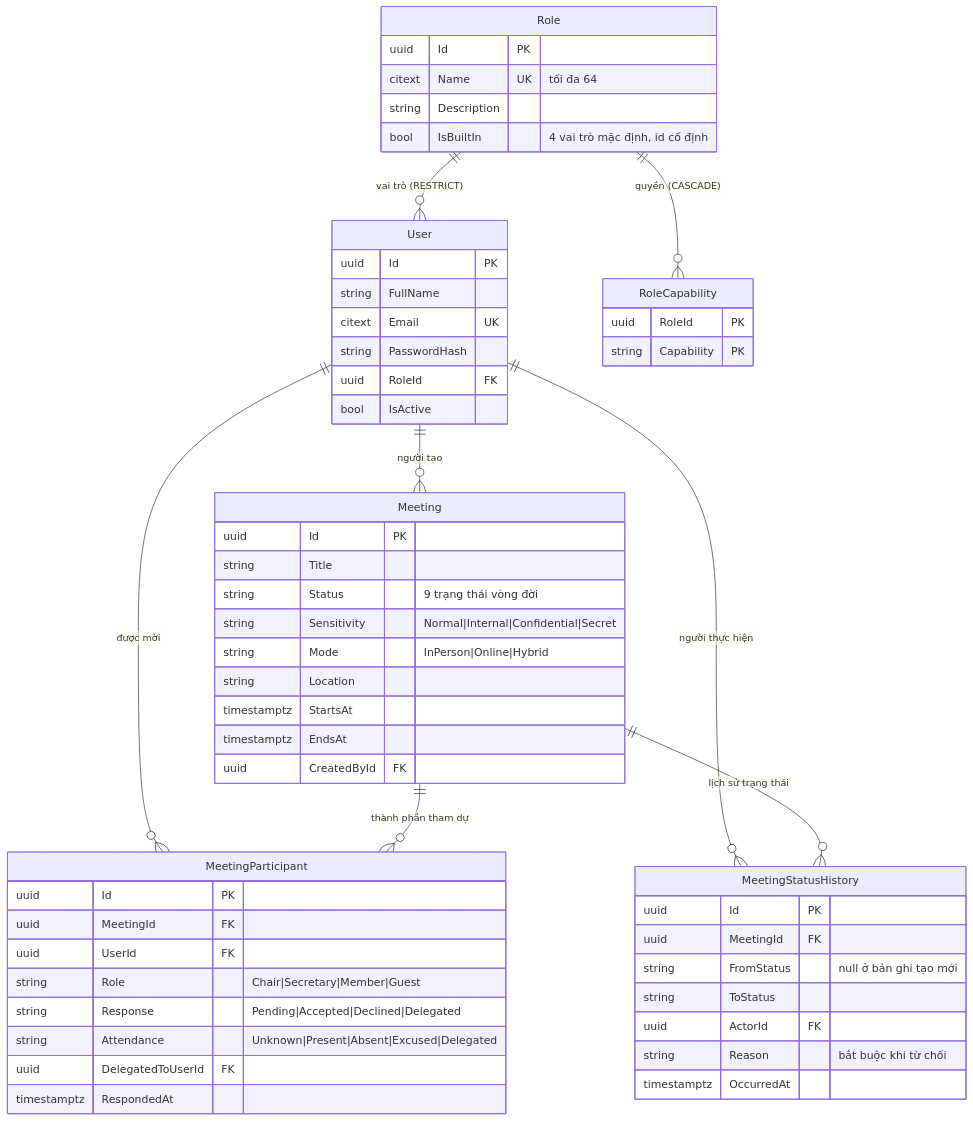
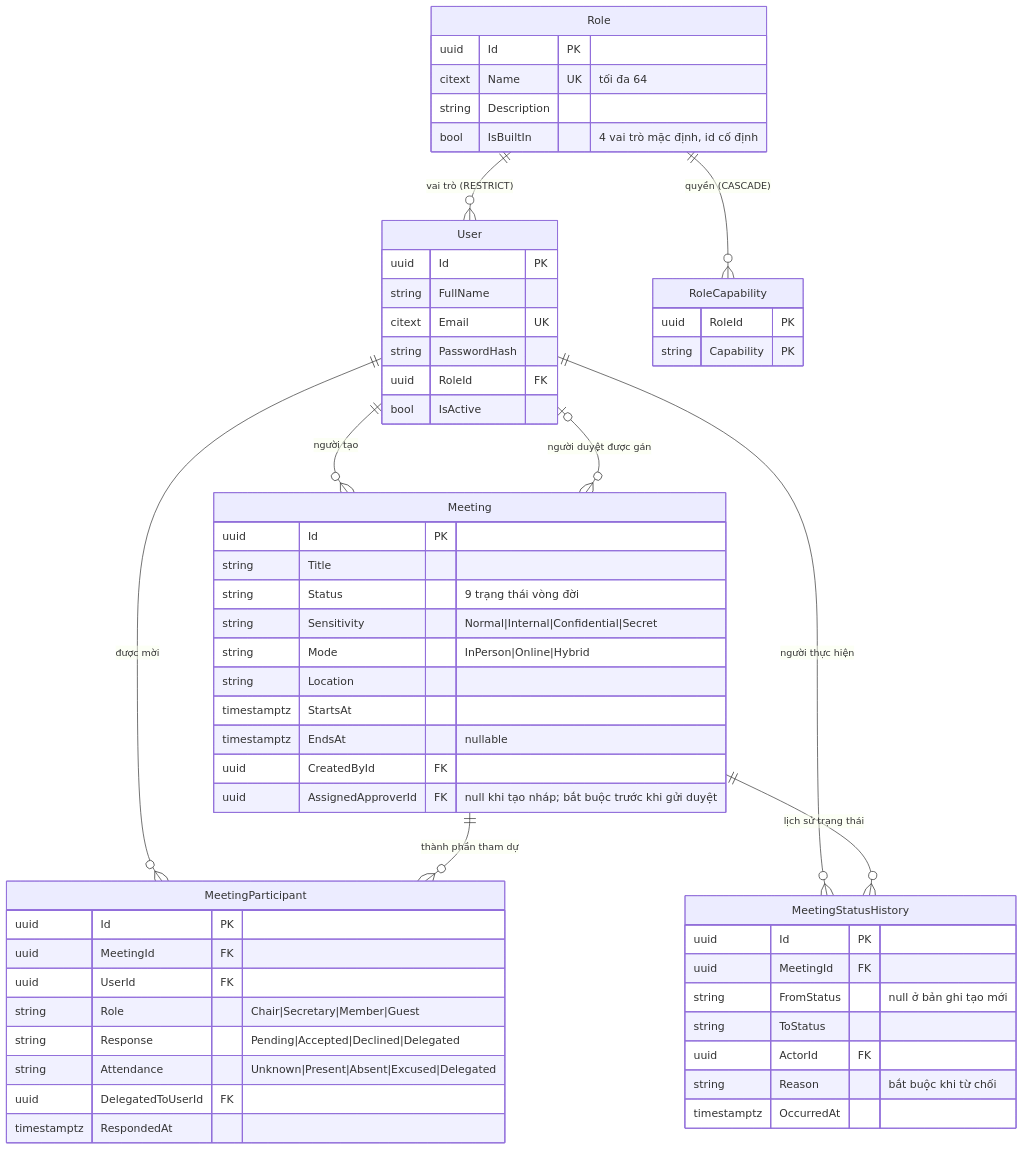
The first of 5 diagrams in docs/02-design/02-erd.md (callmehai/FU-FA26-G116), drawn with Mermaid before and after one commit. The commit also changed 23 other files, not shown here.

````diff
--- a/docs/02-design/02-erd.md
+++ b/docs/02-design/02-erd.md
@@ -37,59 +37,61 @@
 ```mermaid
 erDiagram
     Role ||--o{ User : "vai trò (RESTRICT)"
     Role ||--o{ RoleCapability : "quyền (CASCADE)"
     User ||--o{ Meeting : "người tạo"
+    User o|--o{ Meeting : "người duyệt được gán"
     User ||--o{ MeetingParticipant : "được mời"
     User ||--o{ MeetingStatusHistory : "người thực hiện"
     Meeting ||--o{ MeetingParticipant : "thành phần tham dự"
     Meeting ||--o{ MeetingStatusHistory : "lịch sử trạng thái"
 
     User {
         uuid Id PK
         string FullName
         citext Email UK
         string PasswordHash
         uuid RoleId FK
         bool IsActive
     }
     Role {
         uuid Id PK
         citext Name UK "tối đa 64"
         string Description
         bool IsBuiltIn "4 vai trò mặc định, id cố định"
     }
     RoleCapability {
         uuid RoleId PK
         string Capability PK
     }
     Meeting {
         uuid Id PK
         string Title
         string Status "9 trạng thái vòng đời"
         string Sensitivity "Normal|Internal|Confidential|Secret"
         string Mode "InPerson|Online|Hybrid"
         string Location
         timestamptz StartsAt
-        timestamptz EndsAt
+        timestamptz EndsAt "nullable"
         uuid CreatedById FK
+        uuid AssignedApproverId FK "null khi tạo nháp; bắt buộc trước khi gửi duyệt"
     }
     MeetingParticipant {
         uuid Id PK
         uuid MeetingId FK
         uuid UserId FK
         string Role "Chair|Secretary|Member|Guest"
         string Response "Pending|Accepted|Declined|Delegated"
         string Attendance "Unknown|Present|Absent|Excused|Delegated"
         uuid DelegatedToUserId FK
         timestamptz RespondedAt
     }
     MeetingStatusHistory {
         uuid Id PK
         uuid MeetingId FK
         string FromStatus "null ở bản ghi tạo mới"
         string ToStatus
         uuid ActorId FK
         string Reason "bắt buộc khi từ chối"
         timestamptz OccurredAt
     }
 ```
````
